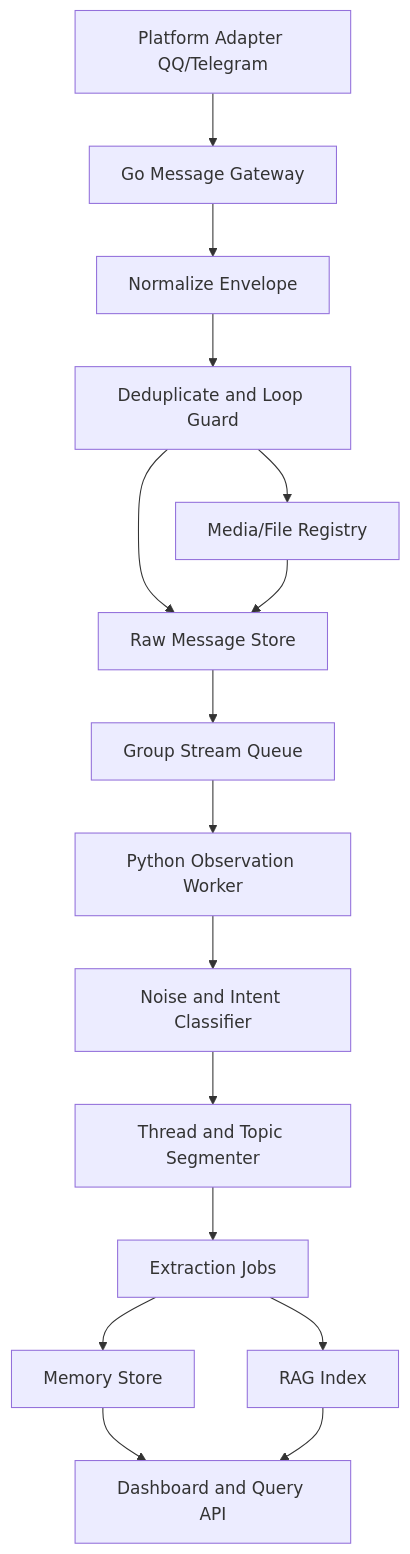
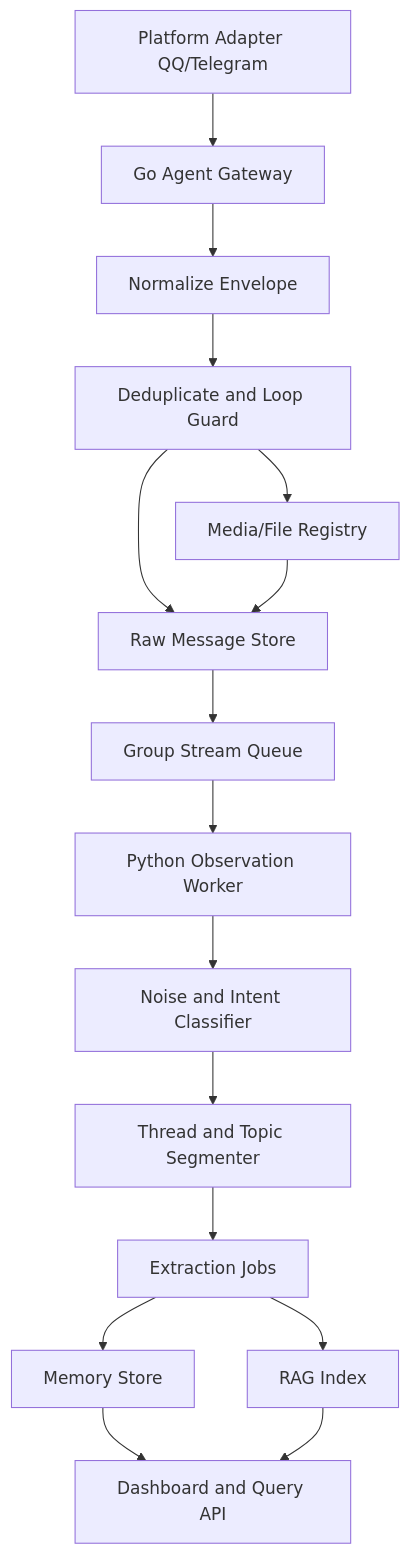
The diagram in docs/sdd/specs/group-message-memory/001-processing-pipeline.md (qsyy0921/my_akashic_agent), drawn with Mermaid before and after one commit. The commit also changed 174 other files, not shown here.

Commit message:
refactor: rename go agent gateway service

````diff
--- a/docs/sdd/specs/group-message-memory/001-processing-pipeline.md
+++ b/docs/sdd/specs/group-message-memory/001-processing-pipeline.md
@@ -35,18 +35,18 @@
 ```mermaid
 flowchart TD
-    A["Platform Adapter QQ/Telegram"] --> B["Go Message Gateway"]
+    A["Platform Adapter QQ/Telegram"] --> B["Go Agent Gateway"]
     B --> C["Normalize Envelope"]
     C --> D["Deduplicate and Loop Guard"]
     D --> E["Media/File Registry"]
     D --> F["Raw Message Store"]
     E --> F
     F --> G["Group Stream Queue"]
     G --> H["Python Observation Worker"]
     H --> I["Noise and Intent Classifier"]
     I --> J["Thread and Topic Segmenter"]
     J --> K["Extraction Jobs"]
     K --> L["Memory Store"]
     K --> M["RAG Index"]
     L --> N["Dashboard and Query API"]
     M --> N
 ```
````
